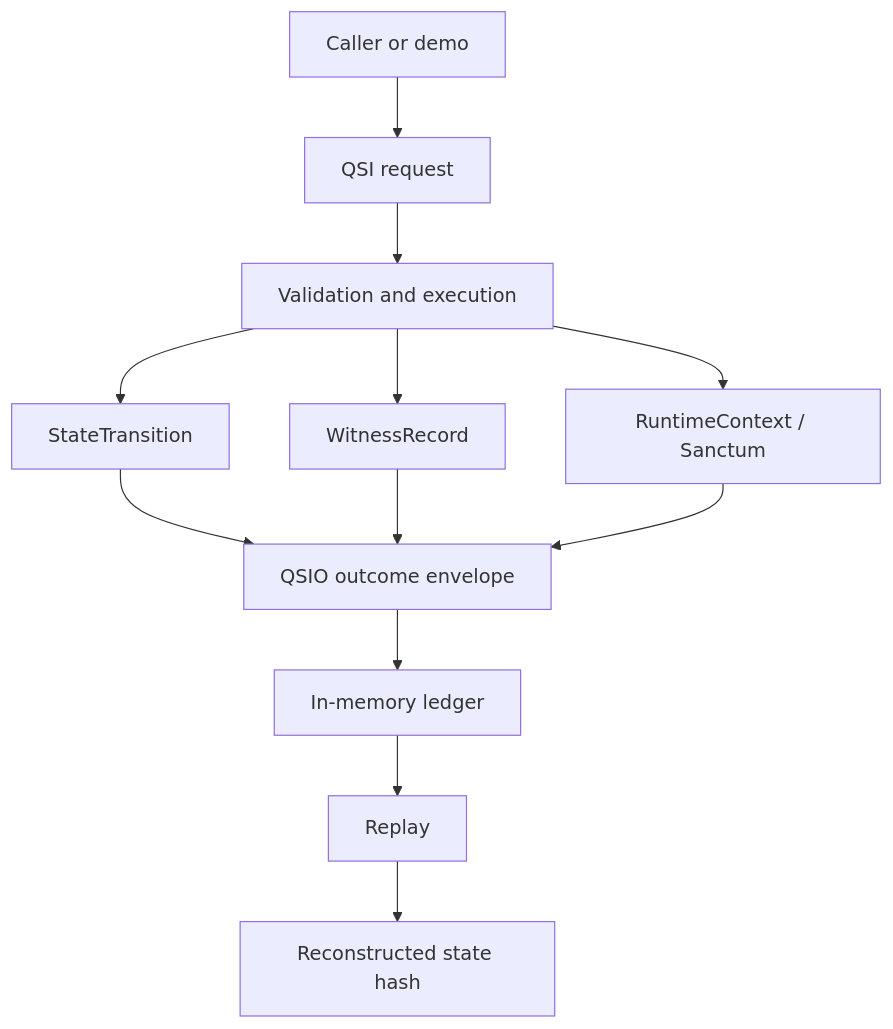
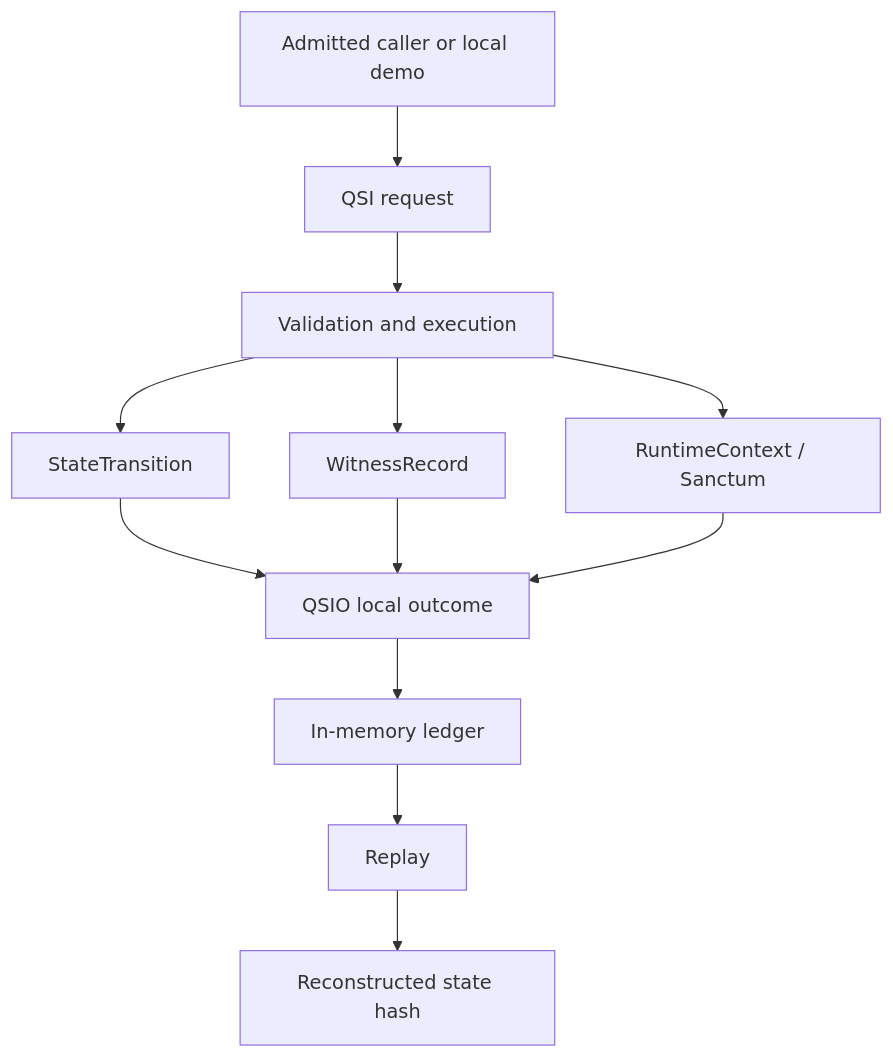
One commit to aevespers2/qsio-kernel changed the diagram in docs/index.md. Above: the diagram before and after it, drawn with Mermaid. The commit also changed other lines of this file, not shown here.

````diff
--- a/docs/index.md
+++ b/docs/index.md
@@ -64,14 +65,14 @@
 ```mermaid
 flowchart TB
-    D[Caller or demo] --> Q[QSI request]
+    D[Admitted caller or local demo] --> Q[QSI request]
     Q --> K[Validation and execution]
     K --> C[RuntimeContext / Sanctum]
     K --> X[StateTransition]
     K --> W[WitnessRecord]
-    X --> O[QSIO outcome envelope]
+    X --> O[QSIO local outcome]
     W --> O
     C --> O
     O --> L[In-memory ledger]
     L --> R[Replay]
     R --> H[Reconstructed state hash]
 ```
````
